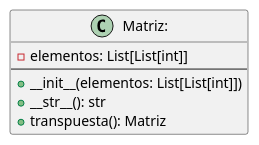
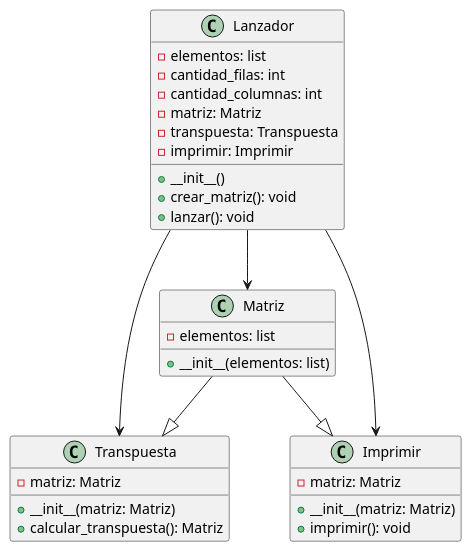
The diagram in ej-01/UML/ej-01.puml (anagarciasaiz/PRINCIPIOS_SOLID), drawn with PlantUML before and after one commit. The commit also changed 1 other file, not shown here.

```diff
--- a/ej-01/UML/ej-01.puml
+++ b/ej-01/UML/ej-01.puml
@@ -1,9 +1,38 @@
 @startuml
-class Matriz: {
-    - elementos: List[List[int]]
-    --
-    + __init__(elementos: List[List[int]])
-    + __str__(): str
-    + transpuesta(): Matriz
+
+class Matriz {
+  - elementos: list
+  + __init__(elementos: list)
 }
-@enduml
+
+class Transpuesta {
+  - matriz: Matriz
+  + __init__(matriz: Matriz)
+  + calcular_transpuesta(): Matriz
+}
+
+class Imprimir {
+  - matriz: Matriz
+  + __init__(matriz: Matriz)
+  + imprimir(): void
+}
+
+class Lanzador {
+  - elementos: list
+  - cantidad_filas: int
+  - cantidad_columnas: int
+  - matriz: Matriz
+  - transpuesta: Transpuesta
+  - imprimir: Imprimir
+  + __init__()
+  + crear_matriz(): void
+  + lanzar(): void
+}
+
+Matriz --|> Transpuesta
+Matriz --|> Imprimir
+Lanzador --> Matriz
+Lanzador --> Transpuesta
+Lanzador --> Imprimir
+
+@enduml 
```
